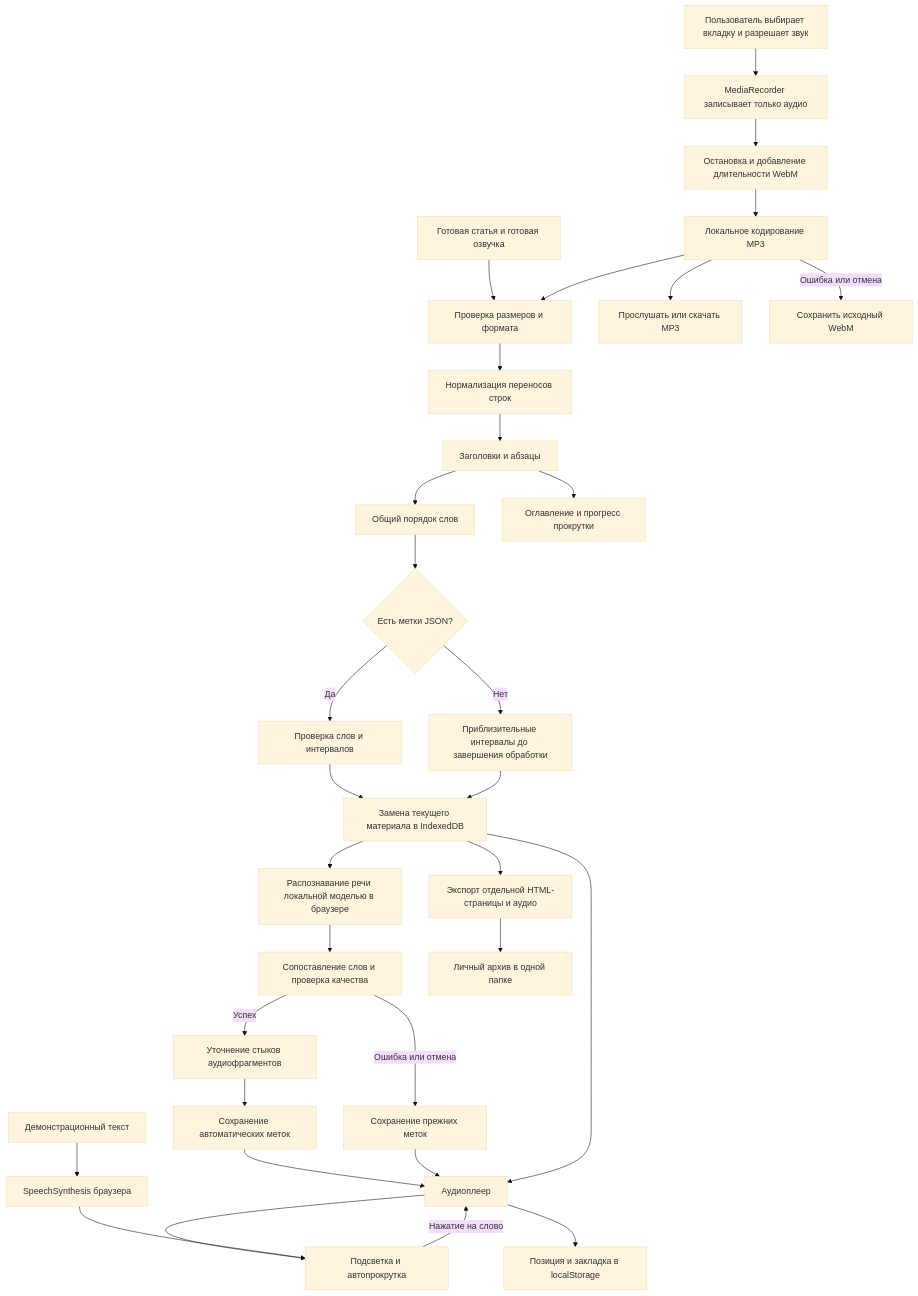
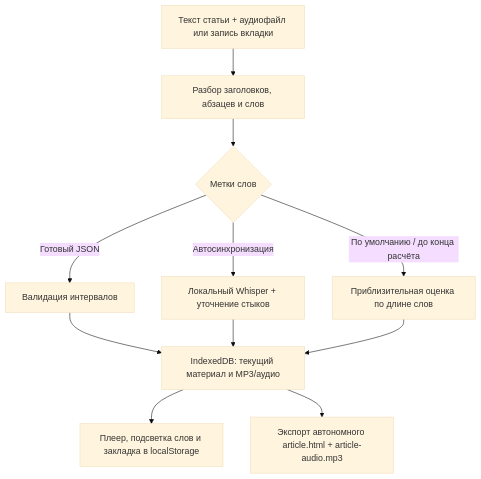
Before and after one commit to sefga/SmartReader: the diagram in app/README.md, drawn with Mermaid (base theme). The commit also changed other lines of this file and 15 other files, not shown here.

````diff
--- a/app/README.md
+++ b/app/README.md
@@ -182,34 +127,13 @@
 ```mermaid
 flowchart TD
-    A[Готовая статья и готовая озвучка] --> B[Проверка размеров и формата]
-    B --> C[Нормализация переносов строк]
-    C --> D[Заголовки и абзацы]
-    D --> E[Общий порядок слов]
-    E --> F{Есть метки JSON?}
-    F -->|Да| G[Проверка слов и интервалов]
-    F -->|Нет| H[Приблизительные интервалы до завершения обработки]
-    G --> I[Замена текущего материала в IndexedDB]
-    H --> I
-    I --> AA[Распознавание речи локальной моделью в браузере]
-    AA --> AB[Сопоставление слов и проверка качества]
-    AB -->|Успех| AE[Уточнение стыков аудиофрагментов]
-    AE --> AC[Сохранение автоматических меток]
-    AB -->|Ошибка или отмена| AD[Сохранение прежних меток]
-    AC --> J
-    AD --> J
-    I --> J[Аудиоплеер]
-    J --> K[Подсветка и автопрокрутка]
-    K -->|Нажатие на слово| J
-    J --> L[Позиция и закладка в localStorage]
-    D --> M[Оглавление и прогресс прокрутки]
-    N[Демонстрационный текст] --> O[SpeechSynthesis браузера]
-    O --> K
-    P[Пользователь выбирает вкладку и разрешает звук] --> Q[MediaRecorder записывает только аудио]
-    Q --> R[Остановка и добавление длительности WebM]
-    R --> V[Локальное кодирование MP3]
-    V --> S[Прослушать или скачать MP3]
-    V --> B
-    V -->|Ошибка или отмена| W[Сохранить исходный WebM]
-    I --> T[Экспорт отдельной HTML-страницы и аудио]
-    T --> U[Личный архив в одной папке]
+    A[Текст статьи + аудиофайл или запись вкладки] --> B[Разбор заголовков, абзацев и слов]
+    B --> C{Метки слов}
+    C -->|Готовый JSON| D[Валидация интервалов]
+    C -->|Автосинхронизация| E[Локальный Whisper + уточнение стыков]
+    C -->|По умолчанию / до конца расчёта| F[Приблизительная оценка по длине слов]
+    D --> G[IndexedDB: текущий материал и MP3/аудио]
+    E --> G
+    F --> G
+    G --> H[Плеер, подсветка слов и закладка в localStorage]
+    G --> I[Экспорт автономного article.html + article-audio.mp3]
 ```
````
